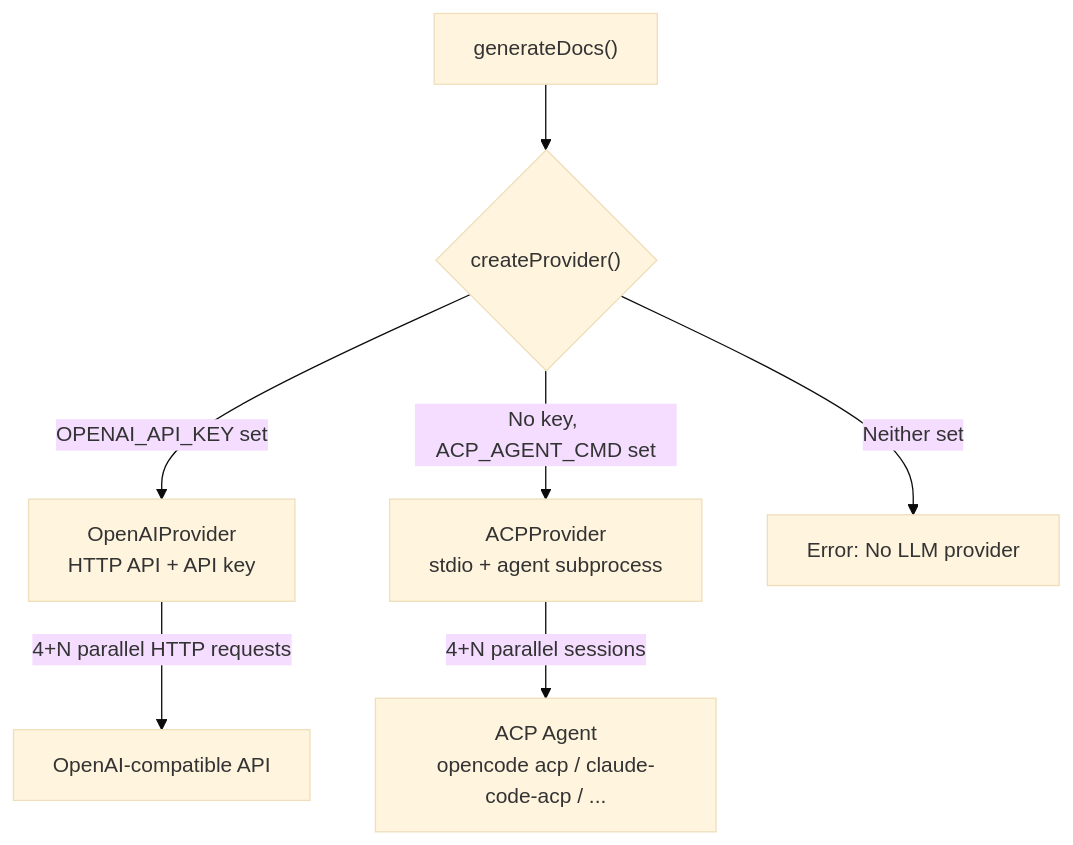
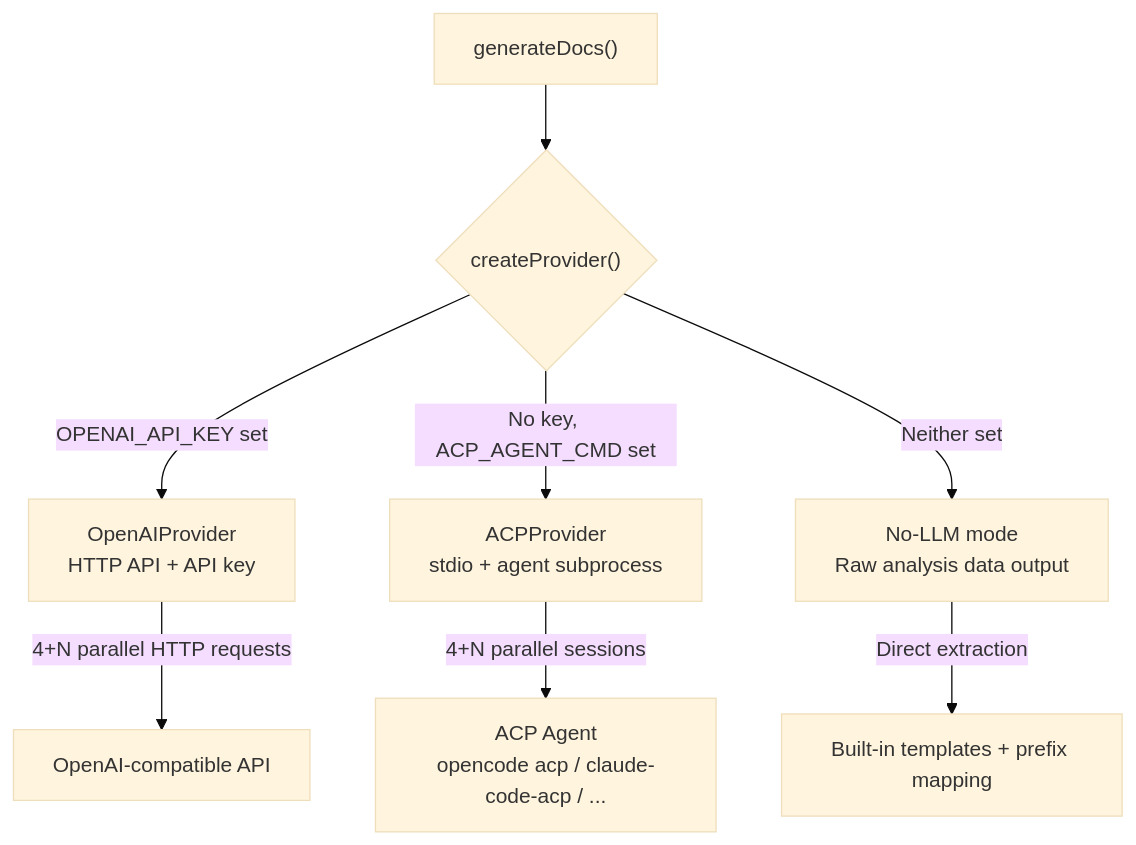
One commit to overstart/java-openspec changed the diagram in README.md. Above: the diagram before and after it, drawn with Mermaid (base theme). The commit also changed other lines of this file and 8 other files, not shown here.

````diff
--- a/README.md
+++ b/README.md
@@ -104,11 +99,12 @@
 ```mermaid
 flowchart TB
     GD["generateDocs()"] --> CP{"createProvider()"}
 
     CP -->|"OPENAI_API_KEY set"| OAI["OpenAIProvider<br/>HTTP API + API key"]
     CP -->|"No key, ACP_AGENT_CMD set"| ACP["ACPProvider<br/>stdio + agent subprocess"]
-    CP -->|"Neither set"| ERR["Error: No LLM provider"]
+    CP -->|"Neither set"| NL["No-LLM mode<br/>Raw analysis data output"]
 
     OAI -->|"4+N parallel HTTP requests"| API["OpenAI-compatible API"]
     ACP -->|"4+N parallel sessions"| AGENT["ACP Agent<br/>opencode acp / claude-code-acp / ..."]
+    NL -->|"Direct extraction"| RAW["Built-in templates + prefix mapping"]
 ```
````
